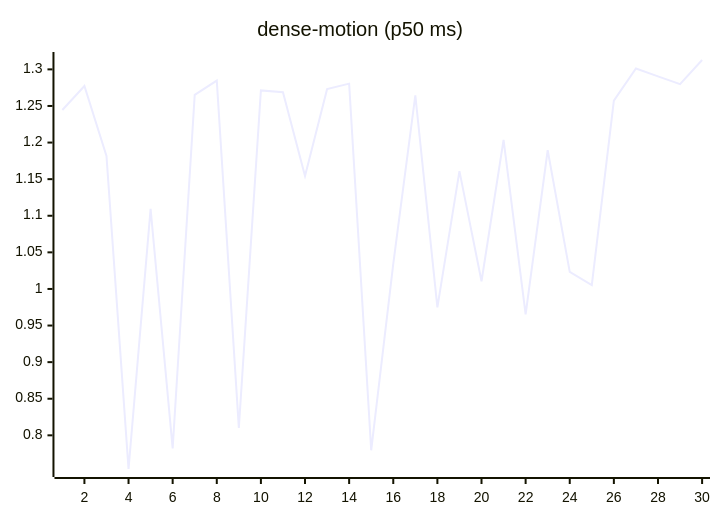
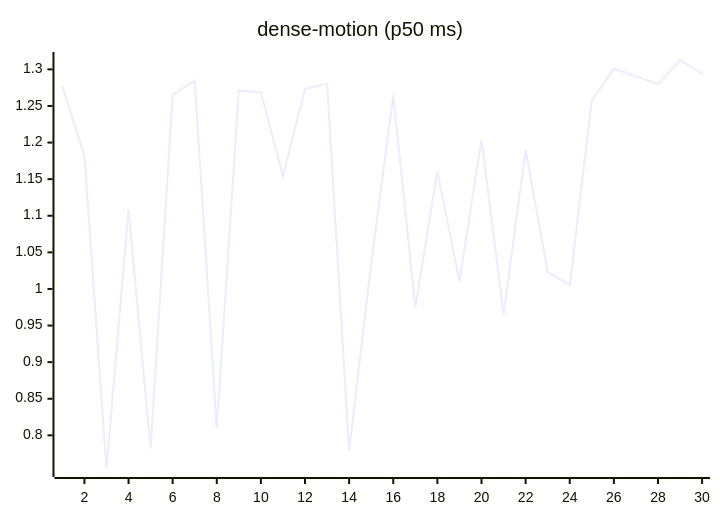
Before and after one commit to josha/Facet: the ninth of 27 diagrams in README.md, drawn with Mermaid. The commit also changed other lines of this file and 2 other files, not shown here.

````diff
--- a/README.md
+++ b/README.md
@@ -119,6 +119,6 @@
 ```mermaid
 xychart-beta
     title "dense-motion (p50 ms)"
     x-axis 1 --> 30
-    line [1.2445, 1.2773, 1.1817, 0.7540, 1.1093, 0.7822, 1.2651, 1.2846, 0.8102, 1.2712, 1.2688, 1.1544, 1.2730, 1.2805, 0.7796, 1.0341, 1.2646, 0.9749, 1.1610, 1.0105, 1.2037, 0.9653, 1.1895, 1.0233, 1.0054, 1.2572, 1.3012, 1.2904, 1.2798, 1.3128]
+    line [1.2773, 1.1817, 0.7540, 1.1093, 0.7822, 1.2651, 1.2846, 0.8102, 1.2712, 1.2688, 1.1544, 1.2730, 1.2805, 0.7796, 1.0341, 1.2646, 0.9749, 1.1610, 1.0105, 1.2037, 0.9653, 1.1895, 1.0233, 1.0054, 1.2572, 1.3012, 1.2904, 1.2798, 1.3128, 1.2940]
 ```
````
